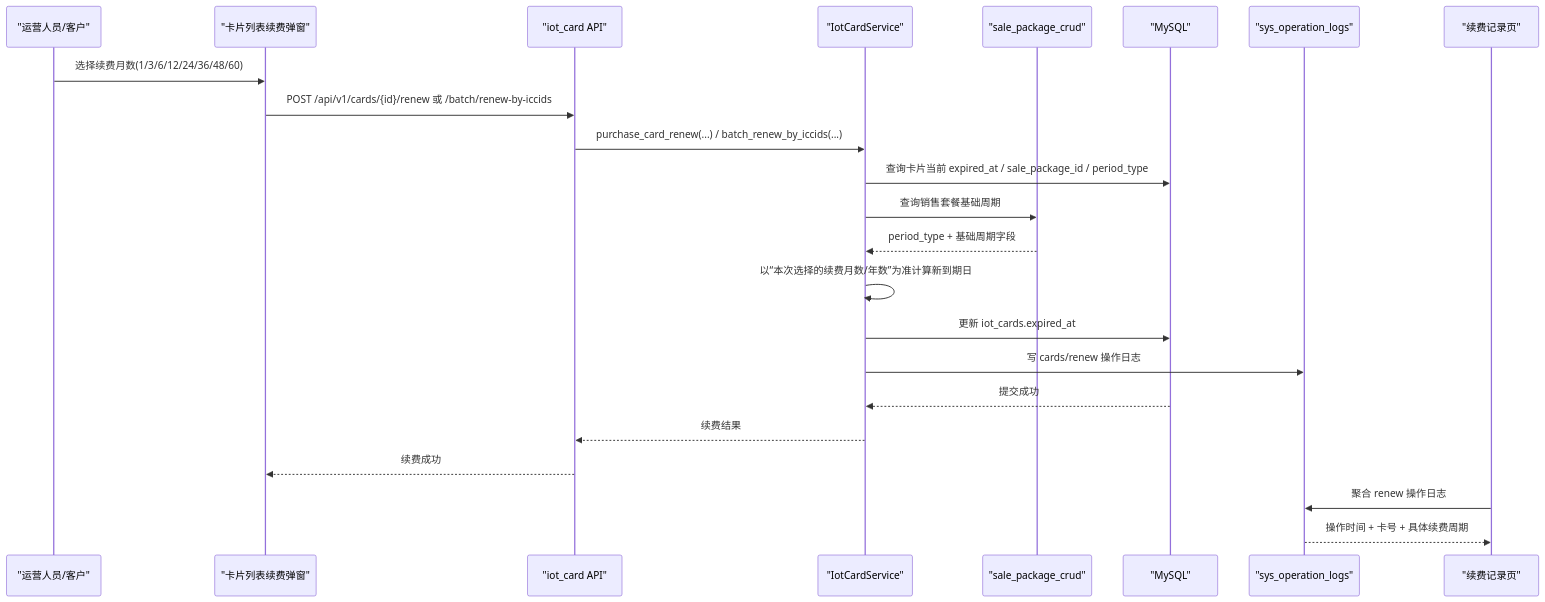
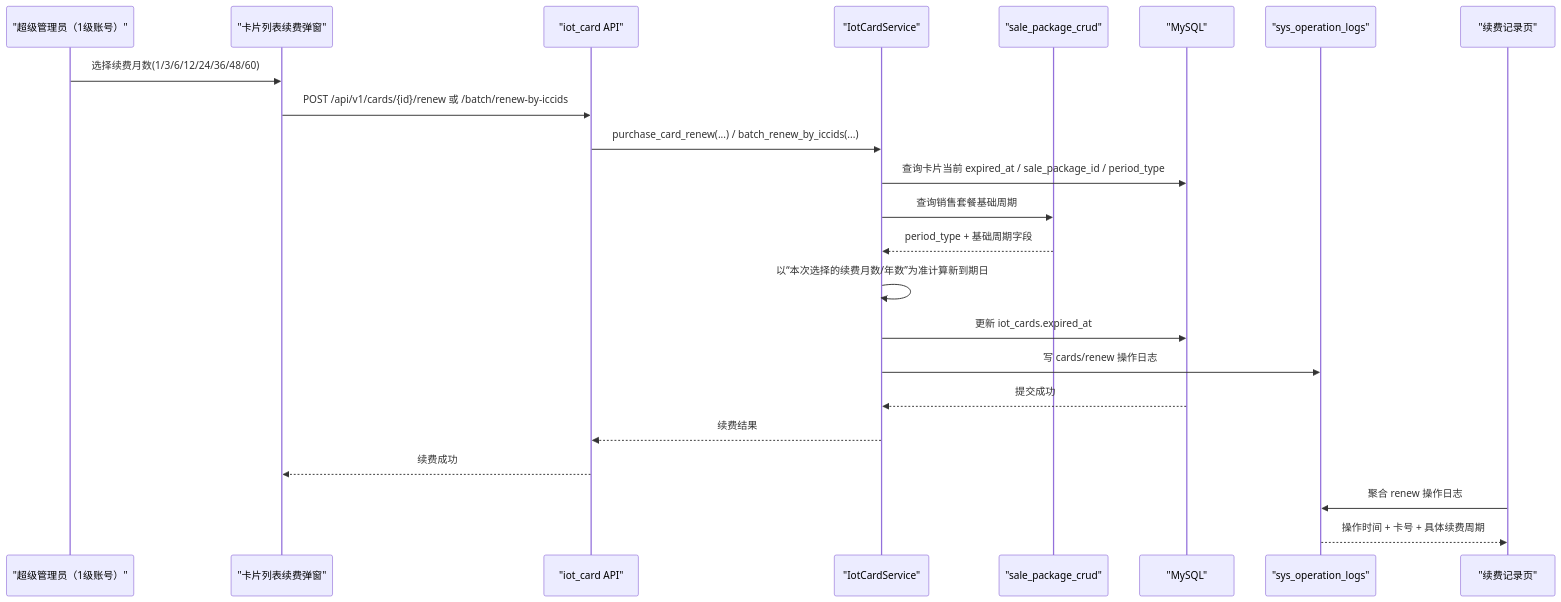
Before and after one commit to bobihaha/goodman: the fourth of 5 diagrams in iot_card_platform/docs/KEY_WORKFLOWS_SEQUENCE.md, drawn with Mermaid. The commit also changed other lines of this file and 6 other files, not shown here.

````diff
--- a/iot_card_platform/docs/KEY_WORKFLOWS_SEQUENCE.md
+++ b/iot_card_platform/docs/KEY_WORKFLOWS_SEQUENCE.md
@@ -174,26 +174,26 @@
 ```mermaid
 sequenceDiagram
-    participant U as "运营人员/客户"
+    participant U as "超级管理员（1级账号）"
     participant FE as "卡片列表续费弹窗"
     participant API as "iot_card API"
     participant SVC as "IotCardService"
     participant PKG as "sale_package_crud"
     participant DB as "MySQL"
     participant LOG as "sys_operation_logs"
     participant RPT as "续费记录页"
 
     U->>FE: 选择续费月数(1/3/6/12/24/36/48/60)
     FE->>API: POST /api/v1/cards/{id}/renew 或 /batch/renew-by-iccids
     API->>SVC: purchase_card_renew(...) / batch_renew_by_iccids(...)
     SVC->>DB: 查询卡片当前 expired_at / sale_package_id / period_type
     SVC->>PKG: 查询销售套餐基础周期
     PKG-->>SVC: period_type + 基础周期字段
     SVC->>SVC: 以“本次选择的续费月数/年数”为准计算新到期日
     SVC->>DB: 更新 iot_cards.expired_at
     SVC->>LOG: 写 cards/renew 操作日志
     DB-->>SVC: 提交成功
     SVC-->>API: 续费结果
     API-->>FE: 续费成功
     RPT->>LOG: 聚合 renew 操作日志
     LOG-->>RPT: 操作时间 + 卡号 + 具体续费周期
 ```
````
